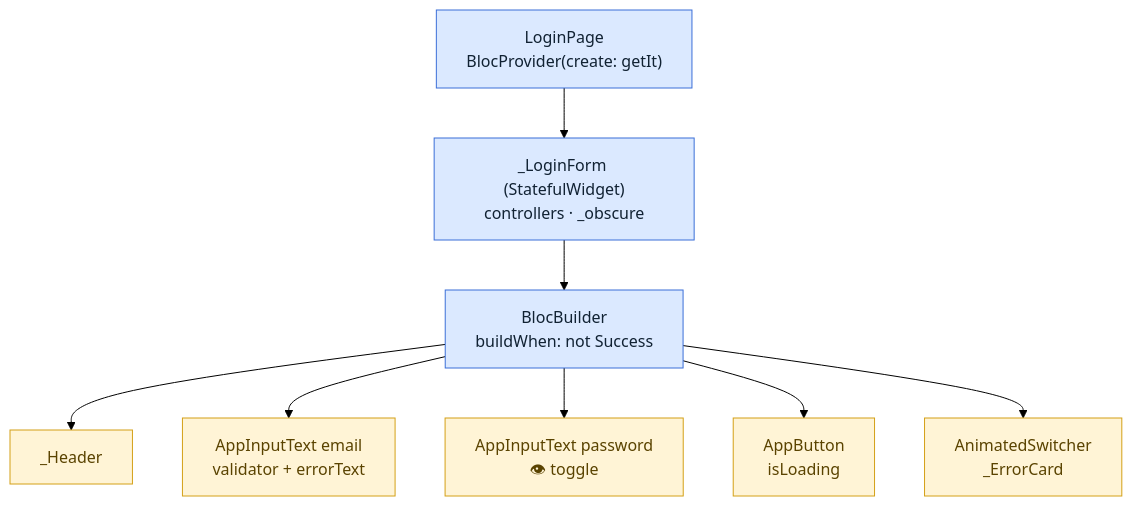
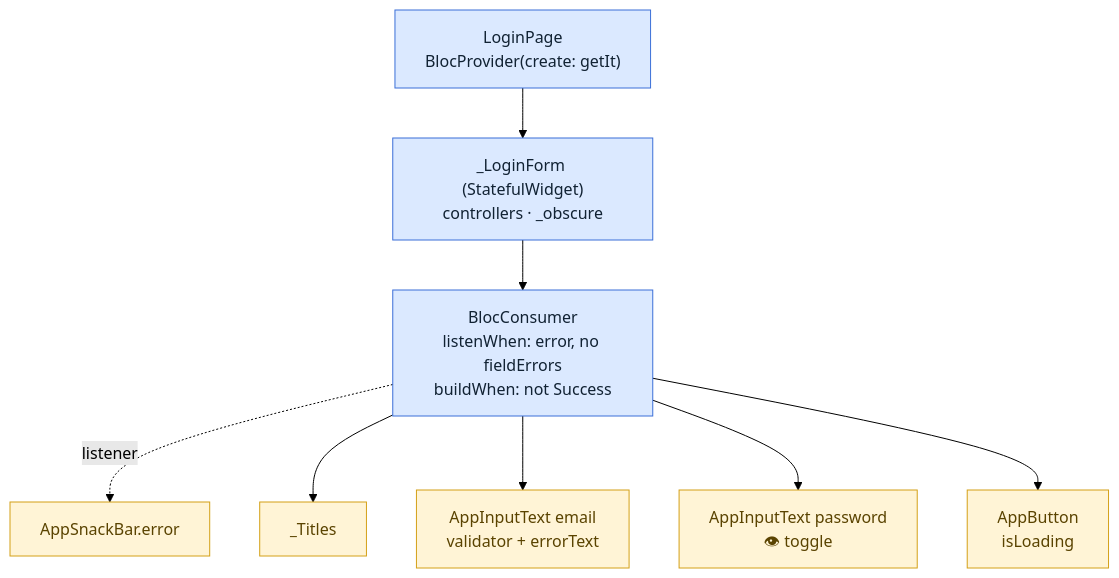
Before and after one commit to krouchvanyda/erp_flutter_claude: diagram 11 of 12 in docs/learning/REBUILD/07-login.md, drawn with Mermaid (forest theme). The commit also changed other lines of this file and 8 other files, not shown here.

Commit message:
feat(auth): improve error handling for 401 responses on public endpoints and implement AppSnackBar for error notifications

````diff
--- a/docs/learning/REBUILD/07-login.md
+++ b/docs/learning/REBUILD/07-login.md
@@ -514,15 +565,15 @@
 ```mermaid
 flowchart TD
     LP["LoginPage<br/>BlocProvider(create: getIt)"] --> LF["_LoginForm (StatefulWidget)<br/>controllers · _obscure"]
-    LF --> BB["BlocBuilder<br/>buildWhen: not Success"]
-    BB --> H["_Header"]
+    LF --> BB["BlocConsumer<br/>listenWhen: error, no fieldErrors<br/>buildWhen: not Success"]
+    BB -.->|"listener"| SNACK["AppSnackBar.error"]
+    BB --> H["_Titles"]
     BB --> E["AppInputText email<br/>validator + errorText"]
     BB --> P["AppInputText password<br/>👁 toggle"]
     BB --> BTN["AppButton<br/>isLoading"]
-    BB --> CARD["AnimatedSwitcher<br/>_ErrorCard"]
 
     classDef app fill:#dbe9ff,stroke:#3b6fd8,color:#123
     classDef feat fill:#fff4d6,stroke:#d4a017,color:#5a4300
     class LP,LF,BB app
-    class H,E,P,BTN,CARD feat
+    class H,E,P,BTN,SNACK feat
 ```
````
